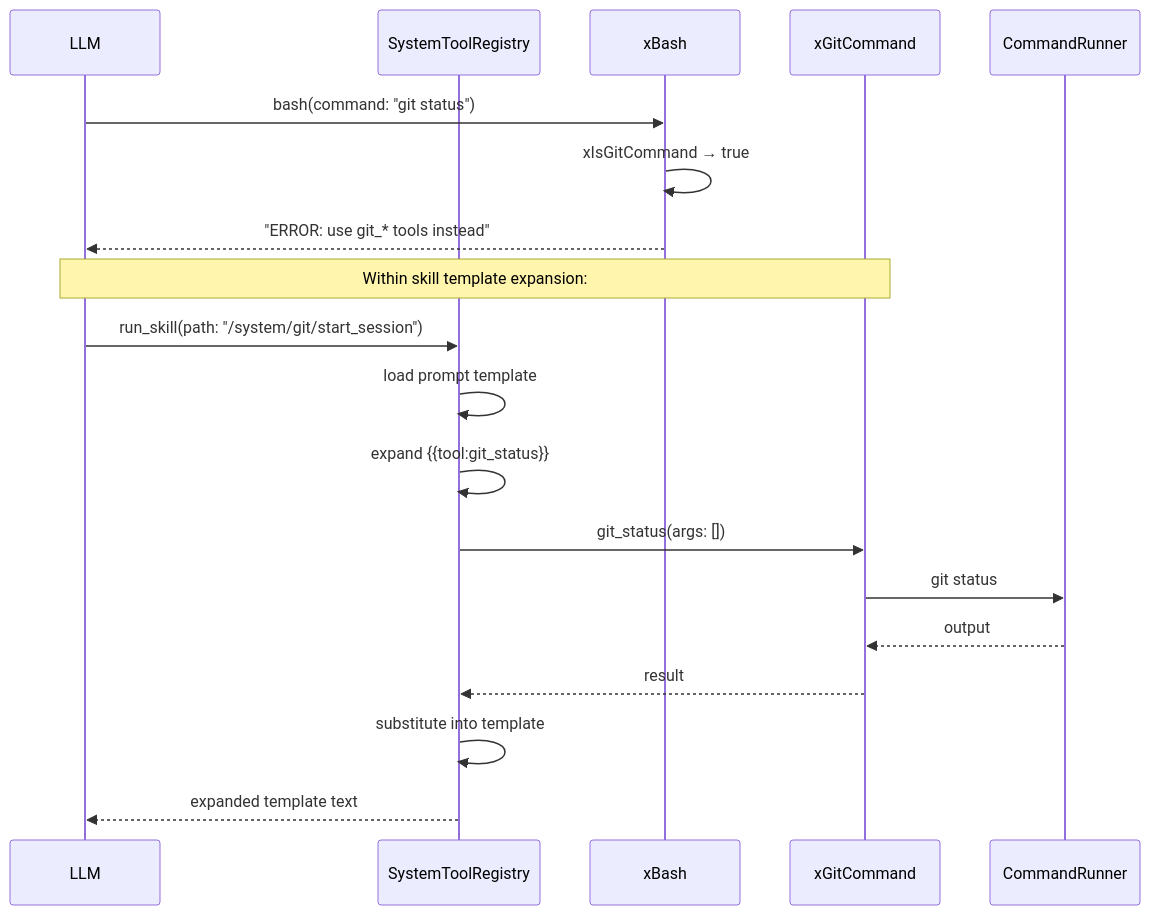
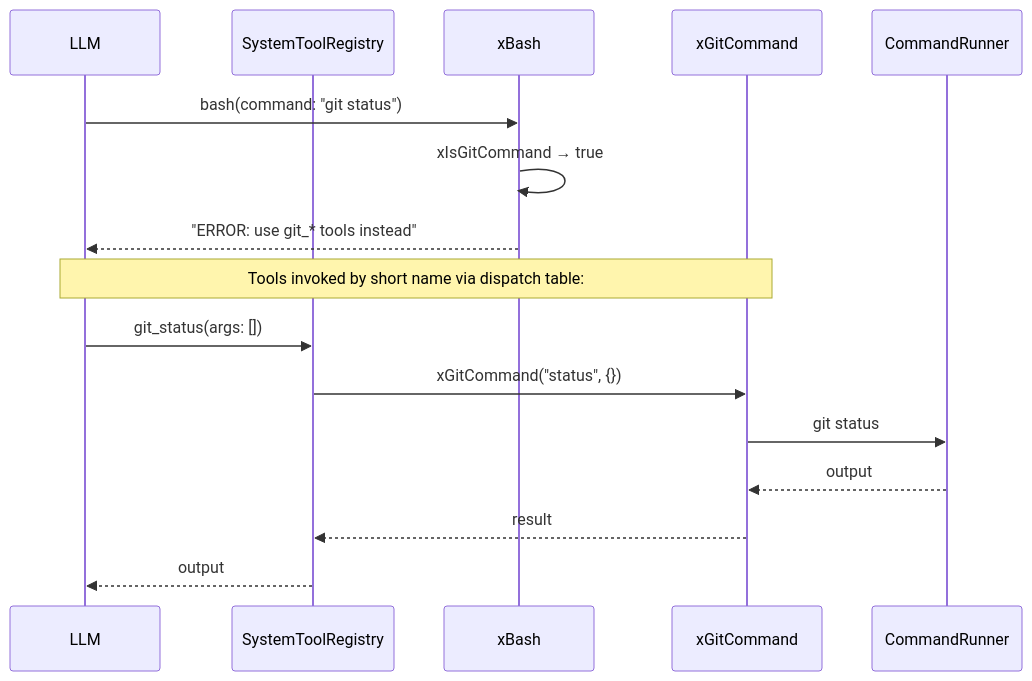
Before and after one commit to opensassi/a0: the second of 2 diagrams in src/system_tools.spec.md, drawn with Mermaid. The commit also changed other lines of this file and 50 other files, not shown here.

Commit message:
2026-05-31-agent-core-tool-calling-architecture-9c372bd94aa3efea6b9907e2d63a2ca8

````diff
--- a/src/system_tools.spec.md
+++ b/src/system_tools.spec.md
@@ -132,24 +128,21 @@
 ```mermaid
 sequenceDiagram
     participant LLM
     participant Registry as SystemToolRegistry
     participant Bash as xBash
     participant Git as xGitCommand
     participant CR as CommandRunner
 
     LLM->>Bash: bash(command: "git status")
     Bash->>Bash: xIsGitCommand → true
     Bash-->>LLM: "ERROR: use git_* tools instead"
 
-    Note over LLM,Git: Within skill template expansion:
+    Note over LLM,Git: Tools invoked by short name via dispatch table:
 
-    LLM->>Registry: run_skill(path: "/system/git/start_session")
-    Registry->>Registry: load prompt template
-    Registry->>Registry: expand {{tool:git_status}}
-    Registry->>Git: git_status(args: [])
+    LLM->>Registry: git_status(args: [])
+    Registry->>Git: xGitCommand("status", {})
     Git->>CR: git status
     CR-->>Git: output
     Git-->>Registry: result
-    Registry->>Registry: substitute into template
-    Registry-->>LLM: expanded template text
+    Registry-->>LLM: output
 ```
````
